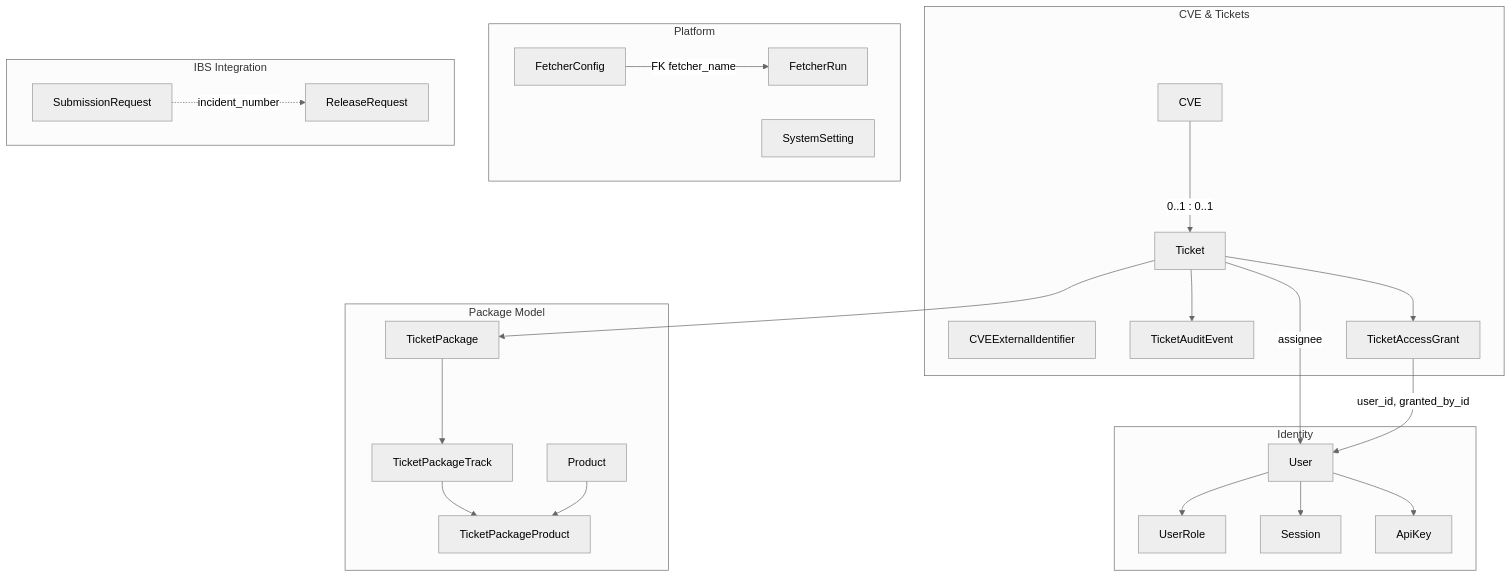
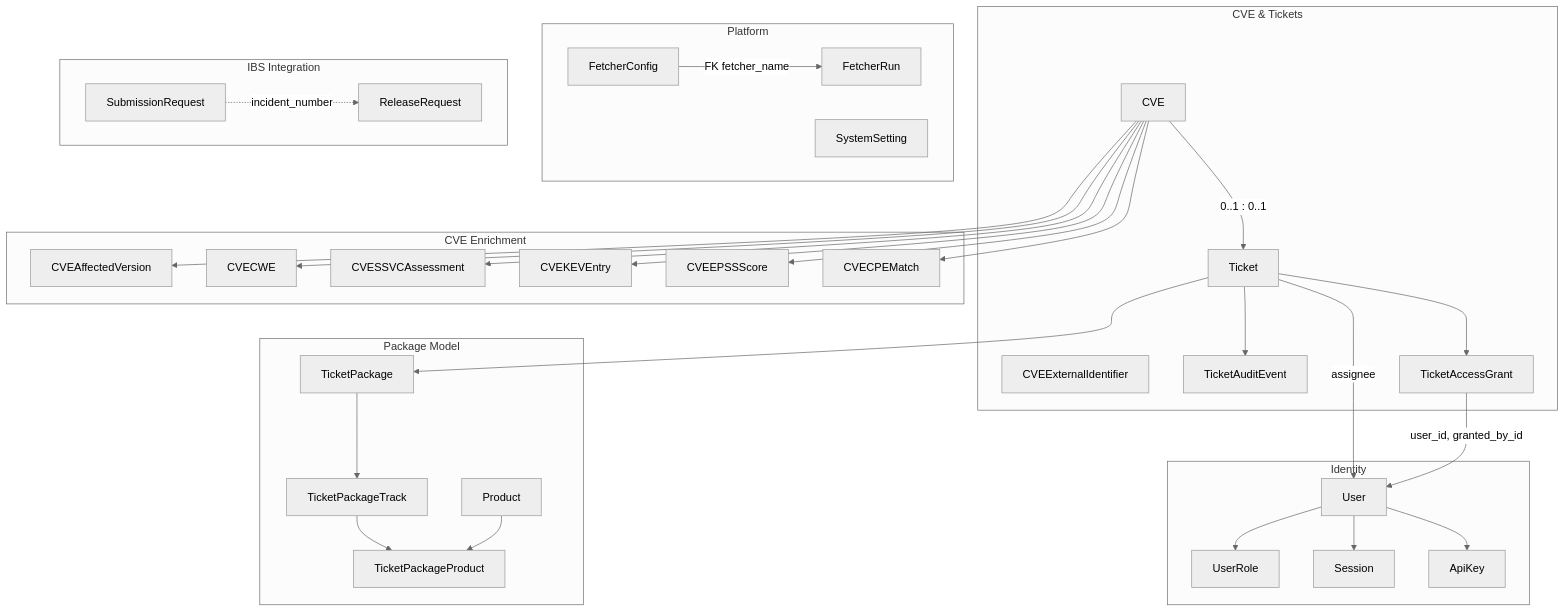
One commit to StayPirate/STAMP changed the first of 6 diagrams in docs/data-model.md. Above: the diagram before and after it, drawn with Mermaid (neutral theme). The commit also changed other lines of this file and 10 other files, not shown here.

First line of the commit message:
docs: promote CVE ingestion architecture draft to approved specs

````diff
--- a/docs/data-model.md
+++ b/docs/data-model.md
@@ -20,50 +20,65 @@
 ```mermaid
 flowchart TB
     subgraph cve_tickets["CVE & Tickets"]
         CVE
         CVEExternalIdentifier
         Ticket
         TicketAuditEvent
         TicketAccessGrant
+    end
+
+    subgraph cve_enrichment["CVE Enrichment"]
+        CVEAffectedVersion
+        CVECWE
+        CVESSVCAssessment
+        CVEKEVEntry
+        CVEEPSSScore
+        CVECPEMatch
     end
 
     subgraph packages["Package Model"]
         TicketPackage
         TicketPackageTrack
         TicketPackageProduct
         Product
     end
 
     subgraph identity["Identity"]
         User
         UserRole
         Session
         ApiKey
     end
 
     subgraph platform["Platform"]
         FetcherConfig
         FetcherRun
         SystemSetting
     end
 
     subgraph ibs["IBS Integration"]
         SubmissionRequest
         ReleaseRequest
     end
 
+    CVE --> CVEAffectedVersion
+    CVE --> CVECWE
+    CVE --> CVESSVCAssessment
+    CVE --> CVEKEVEntry
+    CVE --> CVEEPSSScore
+    CVE --> CVECPEMatch
     CVE -->|"0..1 : 0..1"| Ticket
     Ticket --> TicketAuditEvent
     Ticket --> TicketAccessGrant
     Ticket --> TicketPackage
     Ticket -->|"assignee"| User
     TicketAccessGrant -->|"user_id, granted_by_id"| User
     TicketPackage --> TicketPackageTrack
     TicketPackageTrack --> TicketPackageProduct
     Product --> TicketPackageProduct
     User --> UserRole
     User --> Session
     User --> ApiKey
     FetcherConfig -->|"FK fetcher_name"| FetcherRun
     SubmissionRequest -.->|"incident_number"| ReleaseRequest
 ```
````
